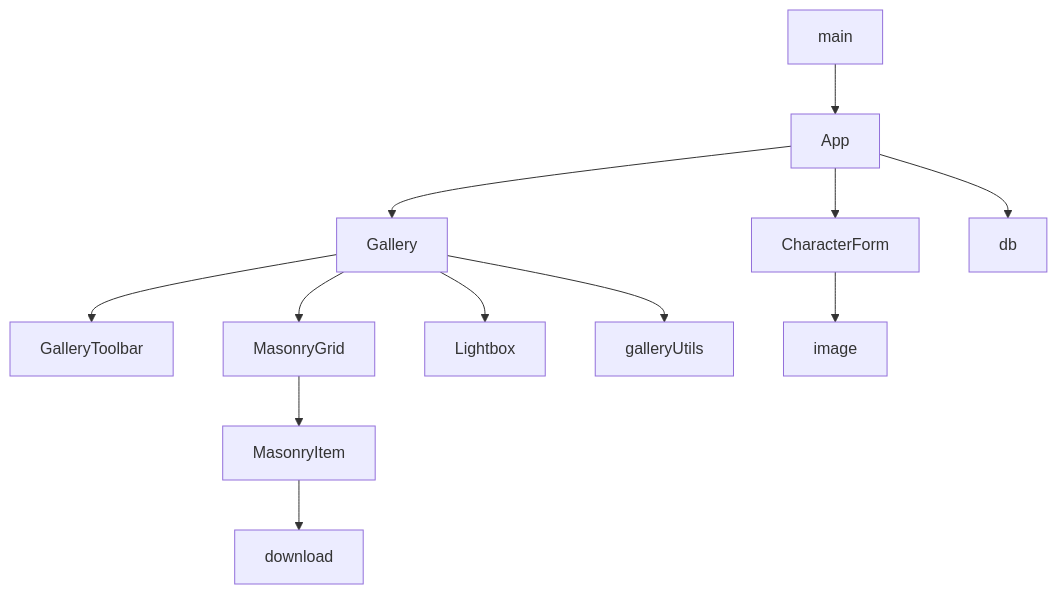
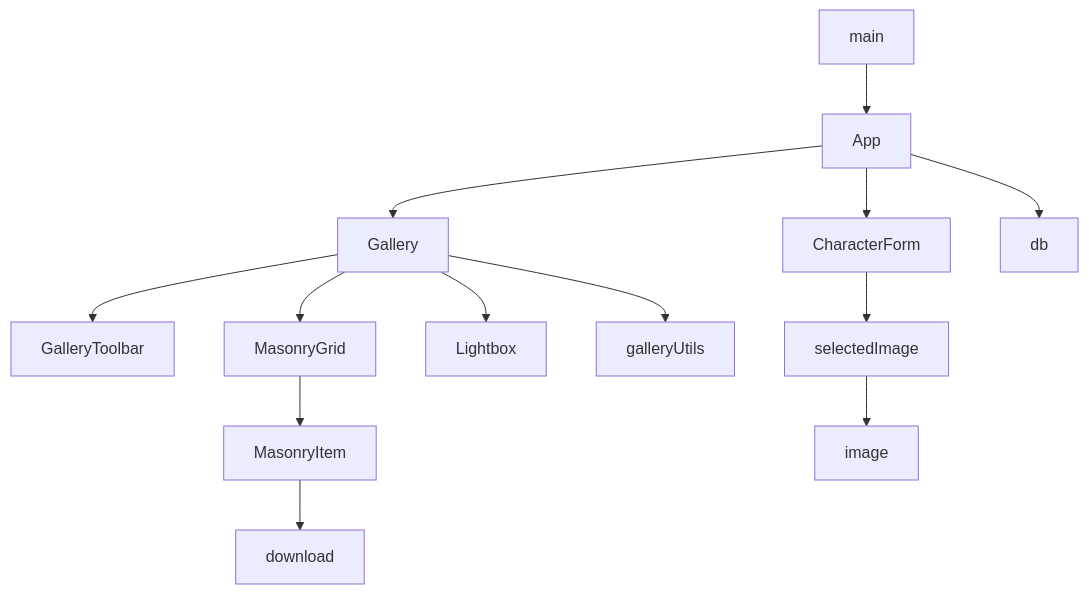
Before and after one commit to SairaDev02/sillytavern-vault: the diagram in docs/LLM-WIKI.md, drawn with Mermaid. The commit also changed other lines of this file and 10 other files, not shown here.

First line of the commit message:
fix(form): keep the latest selected image authoritative

````diff
--- a/docs/LLM-WIKI.md
+++ b/docs/LLM-WIKI.md
@@ -62,14 +63,15 @@
 ```mermaid
 graph TD
   main --> App
   App --> Gallery
   App --> CharacterForm
   App --> db
   Gallery --> GalleryToolbar
   Gallery --> MasonryGrid
   Gallery --> Lightbox
   Gallery --> galleryUtils
   MasonryGrid --> MasonryItem
   MasonryItem --> download
-  CharacterForm --> image
+  CharacterForm --> selectedImage
+  selectedImage --> image
 ```
````
